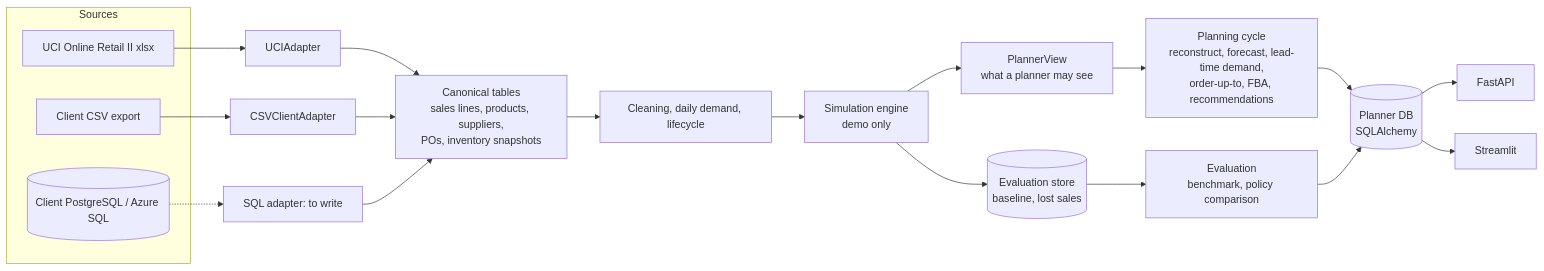
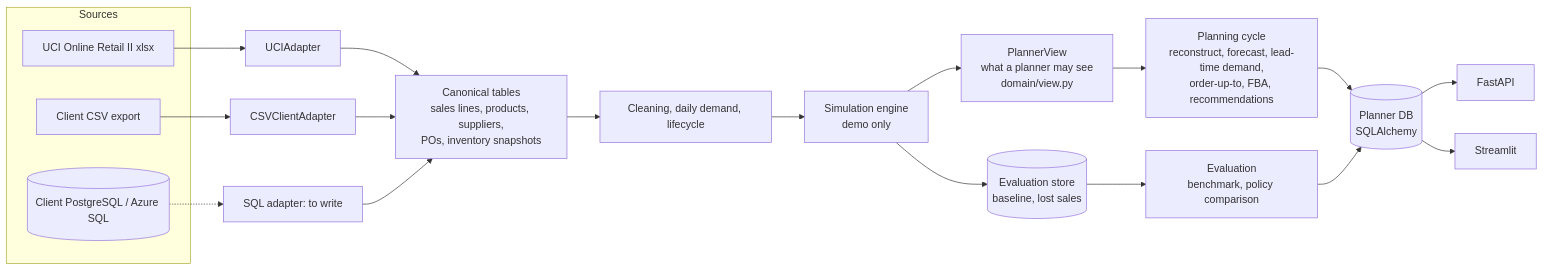
Before and after one commit to tiagomendesdantas/qstats-demand-planner: the diagram in docs/architecture.md, drawn with Mermaid. The commit also changed other lines of this file and 47 other files, not shown here.

````diff
--- a/docs/architecture.md
+++ b/docs/architecture.md
@@ -3,22 +3,22 @@
 ```mermaid
 flowchart LR
   subgraph Sources
     UCI[UCI Online Retail II xlsx]
     CSV[Client CSV export]
     SQL[(Client PostgreSQL / Azure SQL)]
   end
   UCI --> A1[UCIAdapter]
   CSV --> A2[CSVClientAdapter]
   SQL -.-> A3[SQL adapter: to write]
   A1 & A2 & A3 --> C[Canonical tables<br/>sales lines, products, suppliers,<br/>POs, inventory snapshots]
   C --> CL[Cleaning, daily demand, lifecycle]
   CL --> SIM[Simulation engine<br/>demo only]
-  SIM --> V[PlannerView<br/>what a planner may see]
+  SIM --> V[PlannerView<br/>what a planner may see<br/>domain/view.py]
   SIM --> H[(Evaluation store<br/>baseline, lost sales)]
   V --> P[Planning cycle<br/>reconstruct, forecast, lead-time demand,<br/>order-up-to, FBA, recommendations]
   P --> DB[(Planner DB<br/>SQLAlchemy)]
   H --> E[Evaluation<br/>benchmark, policy comparison]
   E --> DB
   DB --> API[FastAPI]
   DB --> UI[Streamlit]
 ```
````
